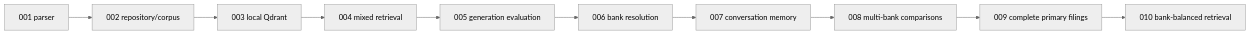
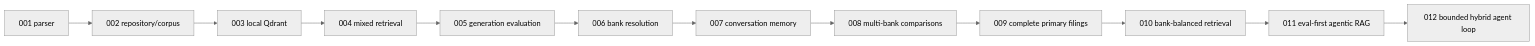
Before and after one commit to nikolabakic/Banking-Technology-and-Operational-Risk-Intelligence-Assistant: the diagram in docs/decisions/README.md, drawn with Mermaid (neutral theme). The commit also changed other lines of this file and 39 other files, not shown here.

Commit message:
wip: preserve agentic RAG changes

````diff
--- a/docs/decisions/README.md
+++ b/docs/decisions/README.md
@@ -5,12 +5,14 @@
 ```mermaid
 flowchart LR
     Parser[001 parser] --> Overhaul[002 repository/corpus]
     Overhaul --> Qdrant[003 local Qdrant]
     Qdrant --> Mixed[004 mixed retrieval]
     Mixed --> Generation[005 generation evaluation]
     Generation --> Resolver[006 bank resolution]
     Resolver --> Memory[007 conversation memory]
     Memory --> Comparison[008 multi-bank comparisons]
     Comparison --> CompleteFilings[009 complete primary filings]
     CompleteFilings --> Balanced[010 bank-balanced retrieval]
+    Balanced --> Agentic[011 eval-first agentic RAG]
+    Agentic --> Loop[012 bounded hybrid agent loop]
 ```
````
